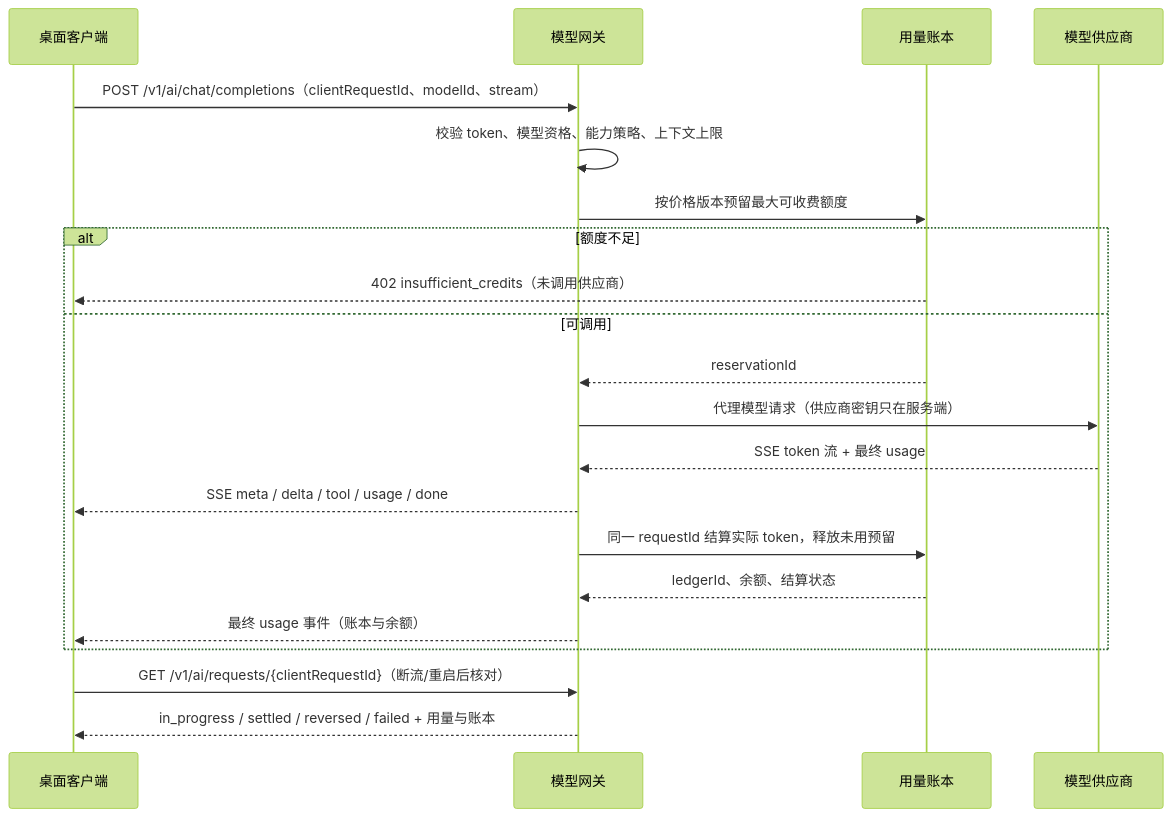
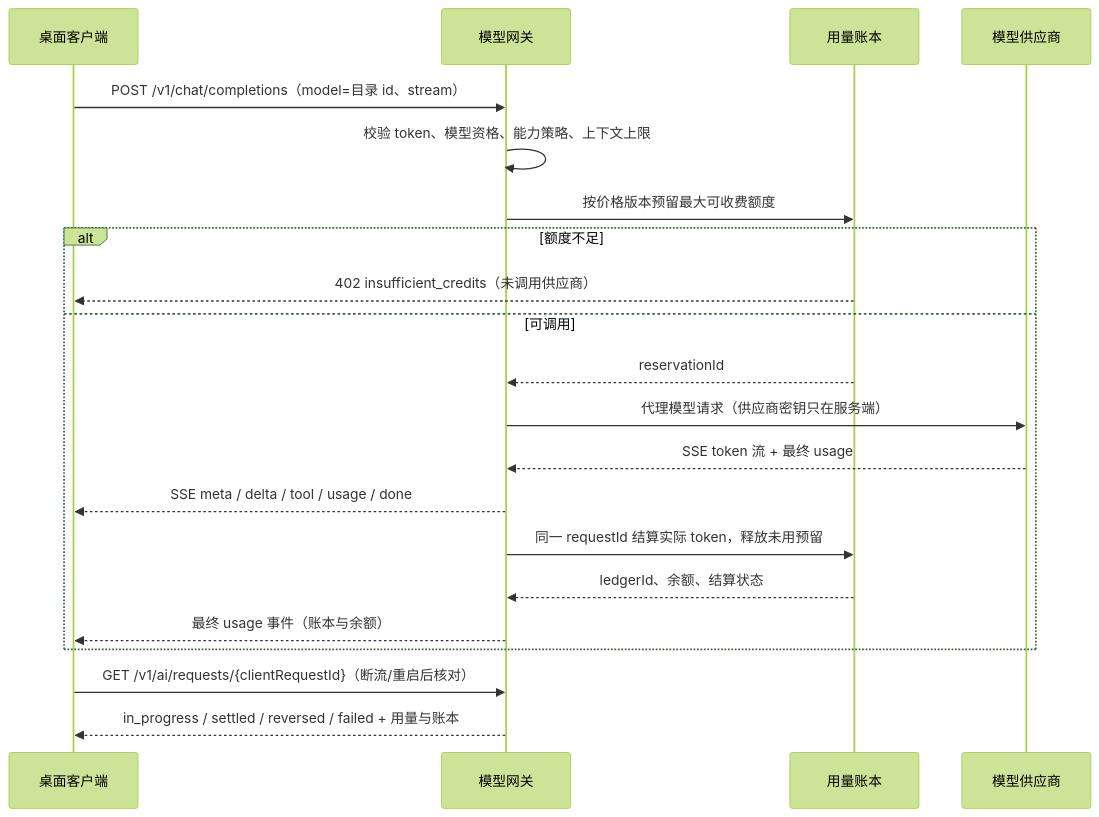
Before and after one commit to USDAble/buding-box-client: the third of 4 diagrams in dev-docs-usdable/需求/20260911/中台交付包.md, drawn with Mermaid (forest theme). The commit also changed other lines of this file and 3 other files, not shown here.

````diff
--- a/dev-docs-usdable/需求/20260911/中台交付包.md
+++ b/dev-docs-usdable/需求/20260911/中台交付包.md
@@ -102,24 +102,24 @@
 ```mermaid
 sequenceDiagram
     participant D as 桌面客户端
     participant G as 模型网关
     participant L as 用量账本
     participant P as 模型供应商
 
-    D->>G: POST /v1/ai/chat/completions（clientRequestId、modelId、stream）
+    D->>G: POST /v1/chat/completions（model=目录 id、stream）
     G->>G: 校验 token、模型资格、能力策略、上下文上限
     G->>L: 按价格版本预留最大可收费额度
     alt 额度不足
         L-->>D: 402 insufficient_credits（未调用供应商）
     else 可调用
         L-->>G: reservationId
         G->>P: 代理模型请求（供应商密钥只在服务端）
         P-->>G: SSE token 流 + 最终 usage
         G-->>D: SSE meta / delta / tool / usage / done
         G->>L: 同一 requestId 结算实际 token，释放未用预留
         L-->>G: ledgerId、余额、结算状态
         G-->>D: 最终 usage 事件（账本与余额）
     end
     D->>G: GET /v1/ai/requests/{clientRequestId}（断流/重启后核对）
     G-->>D: in_progress / settled / reversed / failed + 用量与账本
 ```
````
